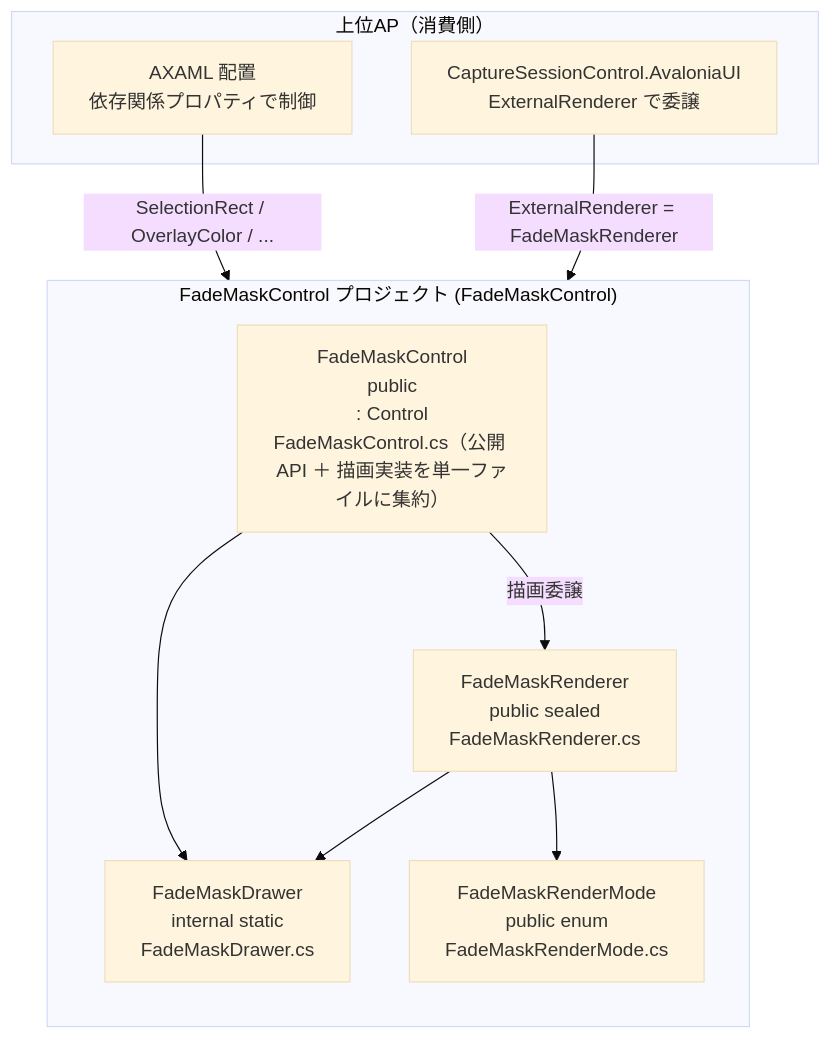
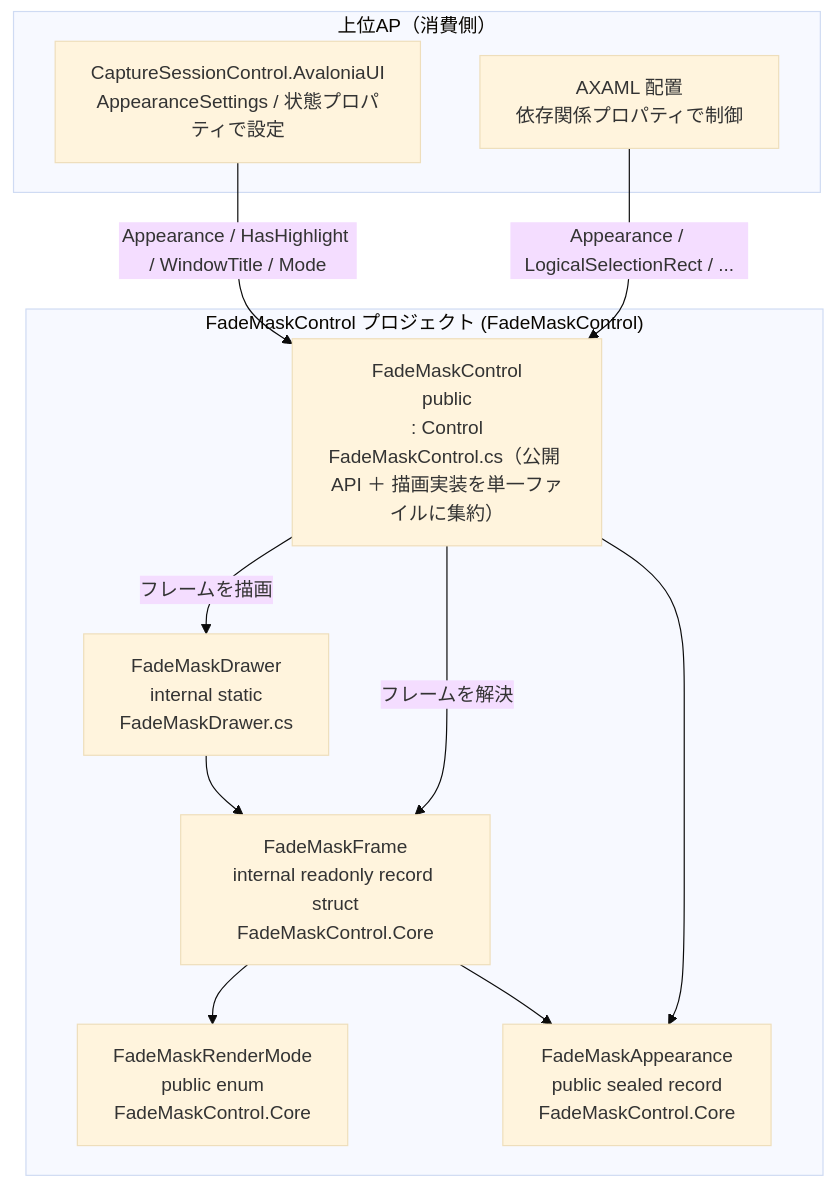
One commit to tomokuni/SaveEvidence changed the first of 2 diagrams in src/FadeMaskControl.AvaloniaUI/SPEC_System.md. Above: the diagram before and after it, drawn with Mermaid (base theme). The commit also changed other lines of this file and 63 other files, not shown here.

First line of the commit message:
FadeMaskControlの描画契約を整理

````diff
--- a/src/FadeMaskControl.AvaloniaUI/SPEC_System.md
+++ b/src/FadeMaskControl.AvaloniaUI/SPEC_System.md
@@ -76,21 +78,23 @@
 ```mermaid
 flowchart TB
     subgraph Host["上位AP（消費側）"]
         UI["AXAML 配置<br/>依存関係プロパティで制御"]
-        Snip["CaptureSessionControl.AvaloniaUI<br/>ExternalRenderer で委譲"]
+        Snip["CaptureSessionControl.AvaloniaUI<br/>AppearanceSettings / 状態プロパティで設定"]
     end
     subgraph FMC["FadeMaskControl プロジェクト (FadeMaskControl)"]
-        direction TB
         Ctl["FadeMaskControl<br/>public<br/>: Control<br/>FadeMaskControl.cs（公開 API ＋ 描画実装を単一ファイルに集約）"]
-        Rnd["FadeMaskRenderer<br/>public sealed<br/>FadeMaskRenderer.cs"]
         Drawer["FadeMaskDrawer<br/>internal static<br/>FadeMaskDrawer.cs"]
-        Mode["FadeMaskRenderMode<br/>public enum<br/>FadeMaskRenderMode.cs"]
+        Mode["FadeMaskRenderMode<br/>public enum<br/>FadeMaskControl.Core"]
+        App["FadeMaskAppearance<br/>public sealed record<br/>FadeMaskControl.Core"]
+        Frame["FadeMaskFrame<br/>internal readonly record struct<br/>FadeMaskControl.Core"]
     end
 
-    UI -->|"SelectionRect / OverlayColor / ..."| Ctl
-    Snip -->|"ExternalRenderer = FadeMaskRenderer"| Ctl
-    Ctl -->|"描画委譲"| Rnd
-    Ctl --> Drawer
-    Rnd --> Drawer
-    Rnd --> Mode
+    UI -->|"Appearance / LogicalSelectionRect / ..."| Ctl
+    Snip -->|"Appearance / HasHighlight / WindowTitle / Mode"| Ctl
+    Ctl -->|"フレームを解決"| Frame
+    Ctl -->|"フレームを描画"| Drawer
+    Ctl --> App
+    Frame --> App
+    Frame --> Mode
+    Drawer --> Frame
 ```
````
